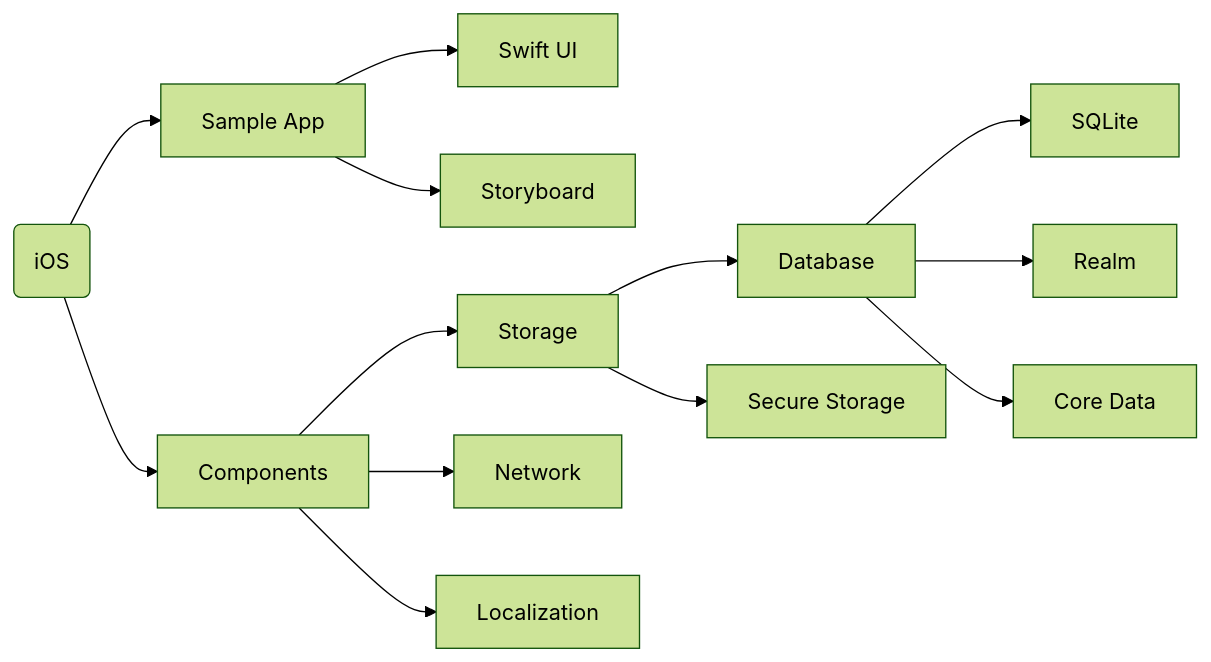
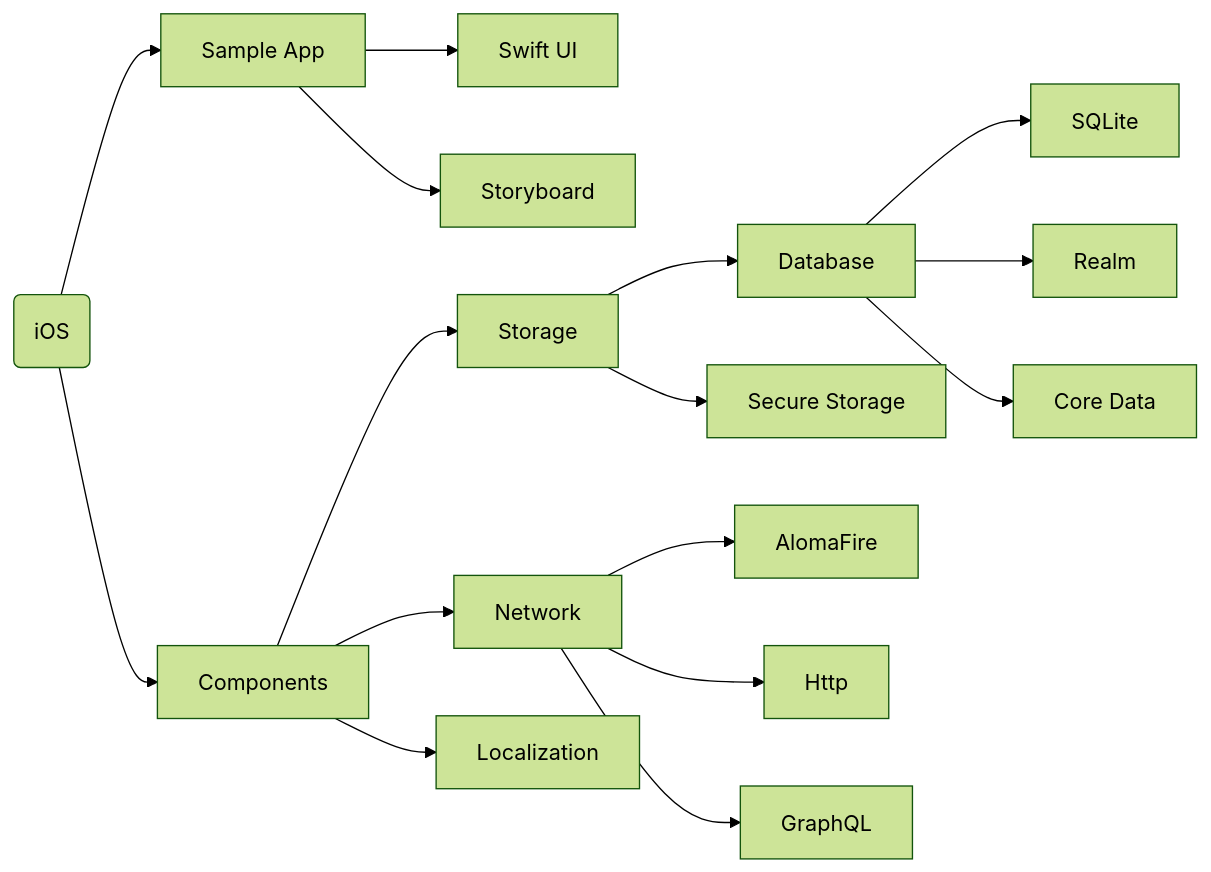
Before and after one commit to Packiaseelan/test: the diagram in README.md, drawn with Mermaid (forest theme).

````diff
--- a/README.md
+++ b/README.md
@@ -3,23 +3,27 @@
 ```mermaid
 graph LR
 
 A(iOS)
 
 A --> B[Sample App]
 A --> C[Components]
 
 B --> B1[Swift UI]
 B --> B2[Storyboard]
 
 C --> C1[Storage]
 C --> C2[Network]
 C --> C3[Localization]
 
 C1 --> C11[Database]
 C1 --> C12[Secure Storage]
 
 C11 --> C111[SQLite]
 C11 --> C112[Realm]
 C11 --> C113[Core Data]
 
+C2 --> C21[AlomaFire]
+C2 --> C22[Http]
+C2 --> C23[GraphQL]
+
 ```
````
